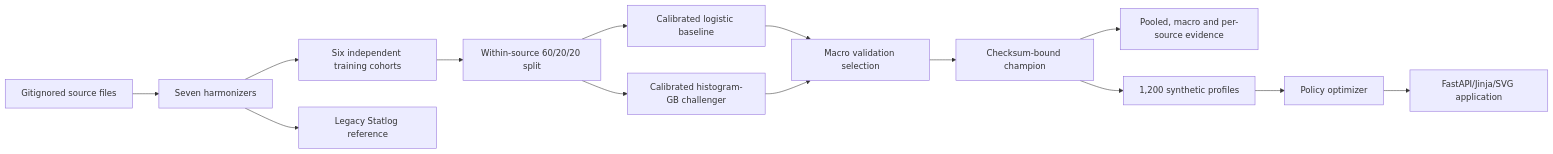
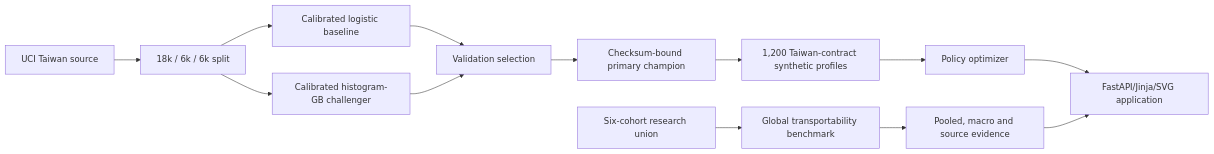
The diagram in docs/ARCHITECTURE.md (Ghostboy789/limitiq-credit-line-optimization), drawn with Mermaid before and after one commit. The commit also changed other lines of this file and 70 other files, not shown here.

Commit message:
feat: separate v3 primary decision model from research benchmark

````diff
--- a/docs/ARCHITECTURE.md
+++ b/docs/ARCHITECTURE.md
@@ -12,16 +12,15 @@
 ```mermaid
 flowchart LR
-  R[Gitignored source files] --> H[Seven harmonizers]
-  H --> G[Six independent training cohorts]
-  H --> X[Legacy Statlog reference]
-  G --> S[Within-source 60/20/20 split]
+  U[UCI Taiwan source] --> S[18k / 6k / 6k split]
   S --> B[Calibrated logistic baseline]
   S --> C[Calibrated histogram-GB challenger]
-  B --> V[Macro validation selection]
+  B --> V[Validation selection]
   C --> V
-  V --> M[Checksum-bound champion]
-  M --> E[Pooled, macro and per-source evidence]
-  M --> D[1,200 synthetic profiles]
+  V --> P[Checksum-bound primary champion]
+  P --> D[1,200 Taiwan-contract synthetic profiles]
   D --> O[Policy optimizer]
   O --> W[FastAPI/Jinja/SVG application]
+  R[Six-cohort research union] --> G[Global transportability benchmark]
+  G --> E[Pooled, macro and source evidence]
+  E --> W
 ```
````
